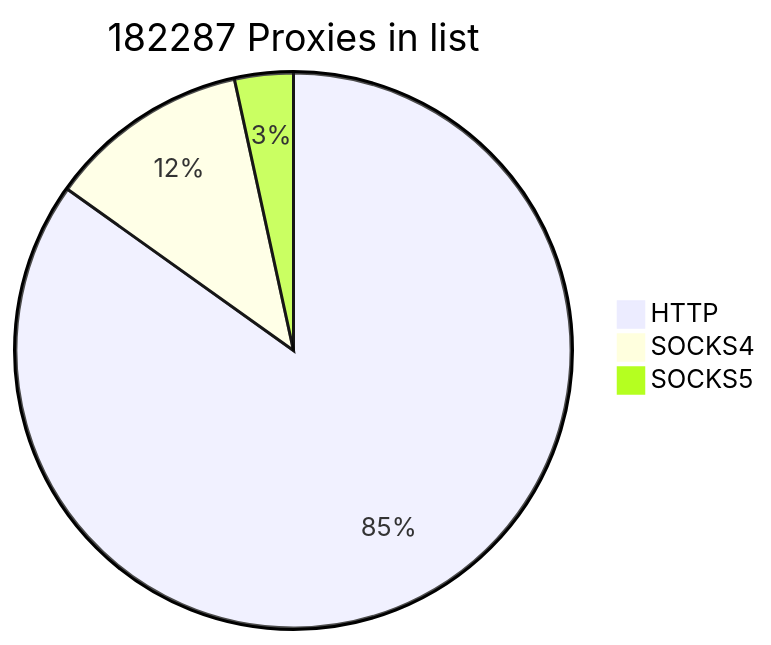
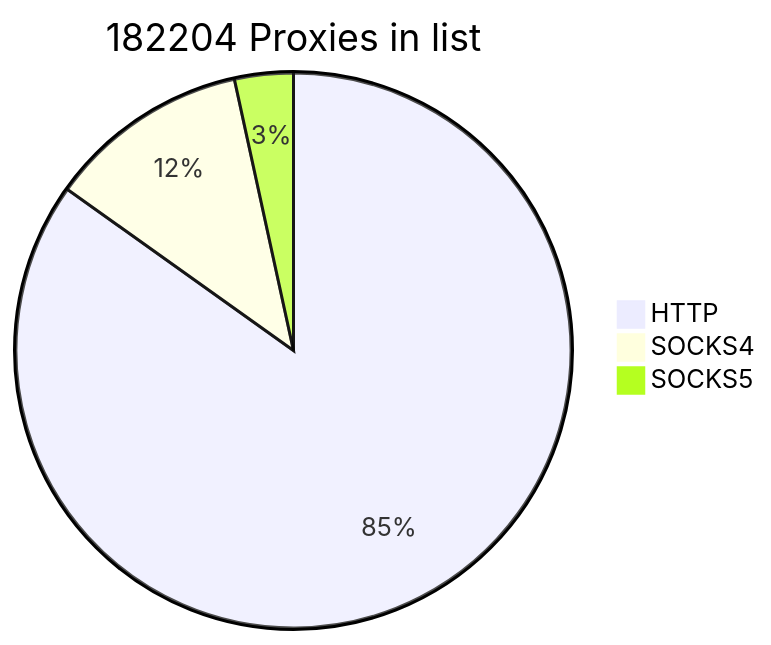
One commit to cutipu/proxylist changed the first of 2 diagrams in README.md. Above: the diagram before and after it, drawn with Mermaid. The commit also changed other lines of this file, not shown here.

````diff
--- a/README.md
+++ b/README.md
@@ -2,7 +2,7 @@
 ```mermaid
-pie title 182287 Proxies in list
-    "HTTP" : 154696
-    "SOCKS4" : 21368
+pie title 182204 Proxies in list
+    "HTTP" : 154606
+    "SOCKS4" : 21375
     "SOCKS5" : 6223
             
 ```
````
